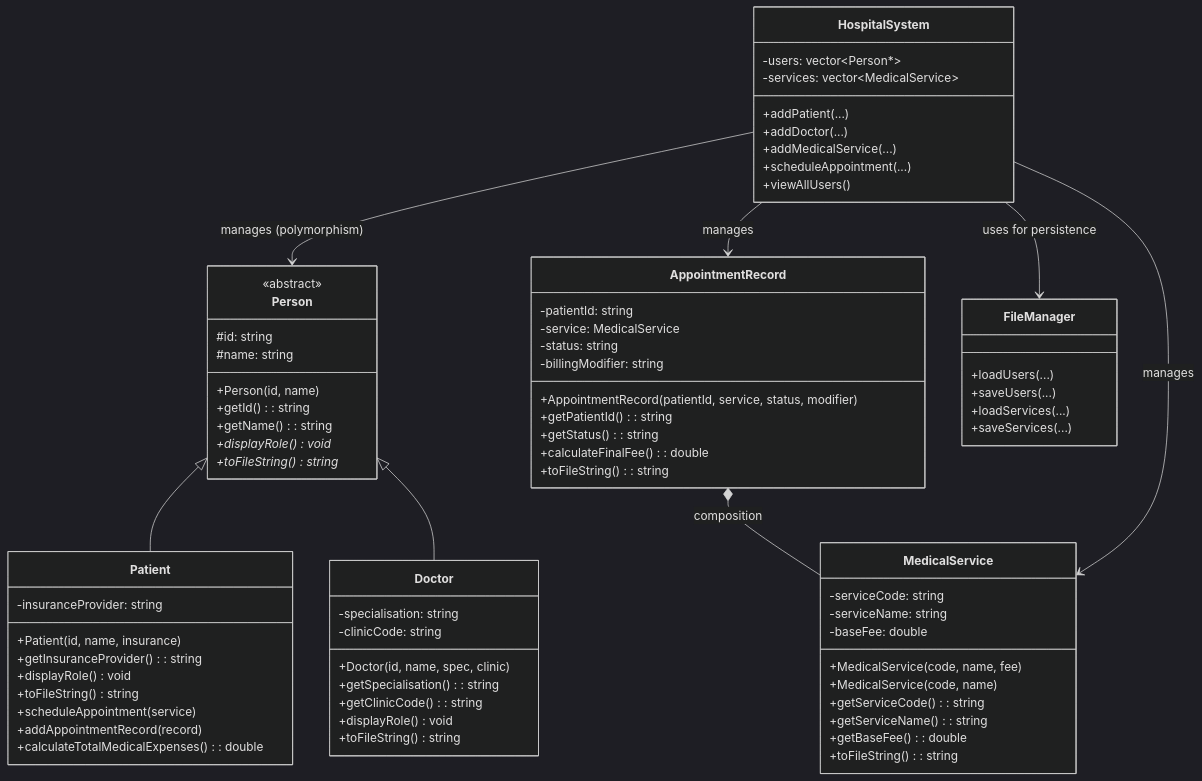
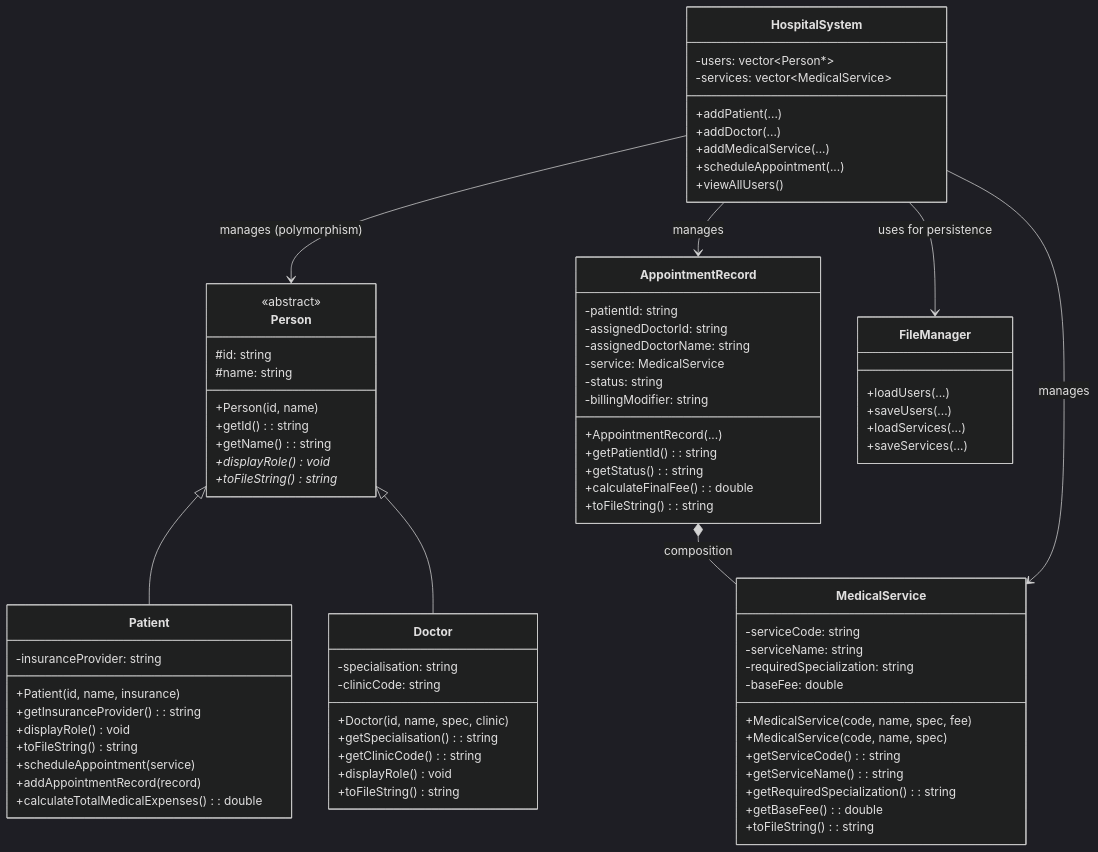
The first of 4 diagrams in app/README.md (LouSens/Hospital-Management-System), drawn with Mermaid (dark theme) before and after one commit. The commit also changed other lines of this file and 16 other files, not shown here.

```diff
--- a/app/README.md
+++ b/app/README.md
@@ -123,21 +125,25 @@
     class MedicalService {
         -serviceCode: string
         -serviceName: string
+        -requiredSpecialization: string
         -baseFee: double
-        +MedicalService(code, name, fee)
-        +MedicalService(code, name)
+        +MedicalService(code, name, spec, fee)
+        +MedicalService(code, name, spec)
         +getServiceCode(): string
         +getServiceName(): string
+        +getRequiredSpecialization(): string
         +getBaseFee(): double
         +toFileString(): string
     }
 
     class AppointmentRecord {
         -patientId: string
+        -assignedDoctorId: string
+        -assignedDoctorName: string
         -service: MedicalService
         -status: string
         -billingModifier: string
-        +AppointmentRecord(patientId, service, status, modifier)
+        +AppointmentRecord(...)
         +getPatientId(): string
         +getStatus(): string
         +calculateFinalFee(): double
```
